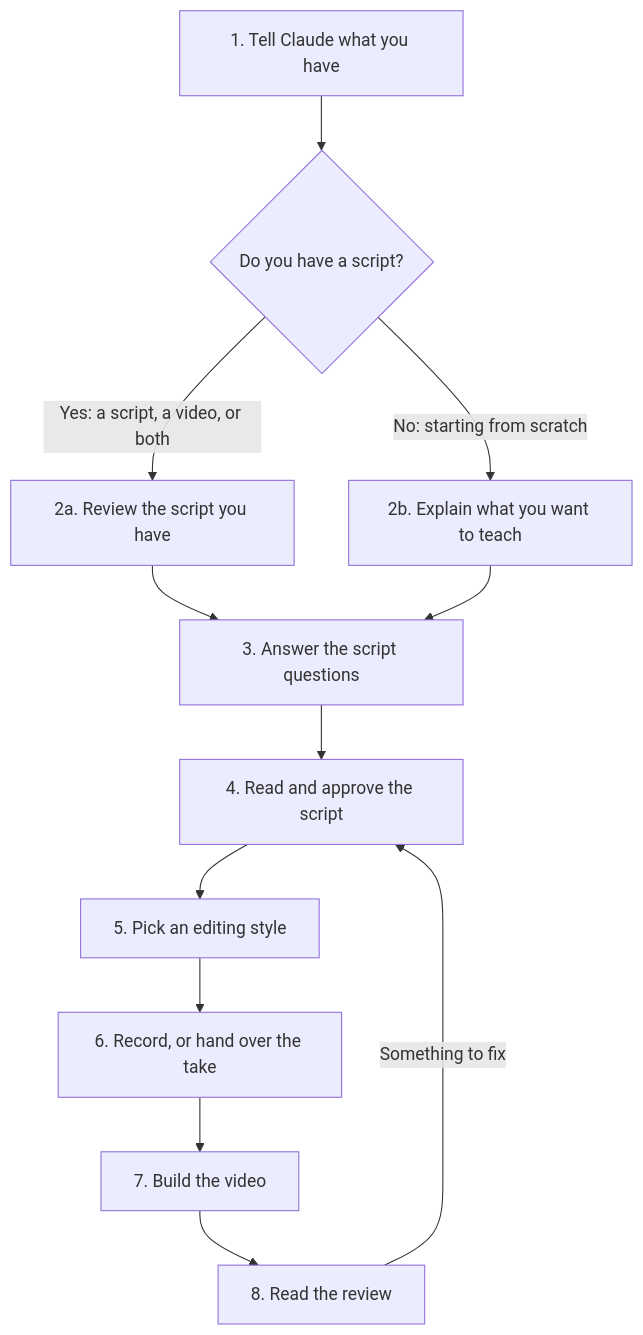
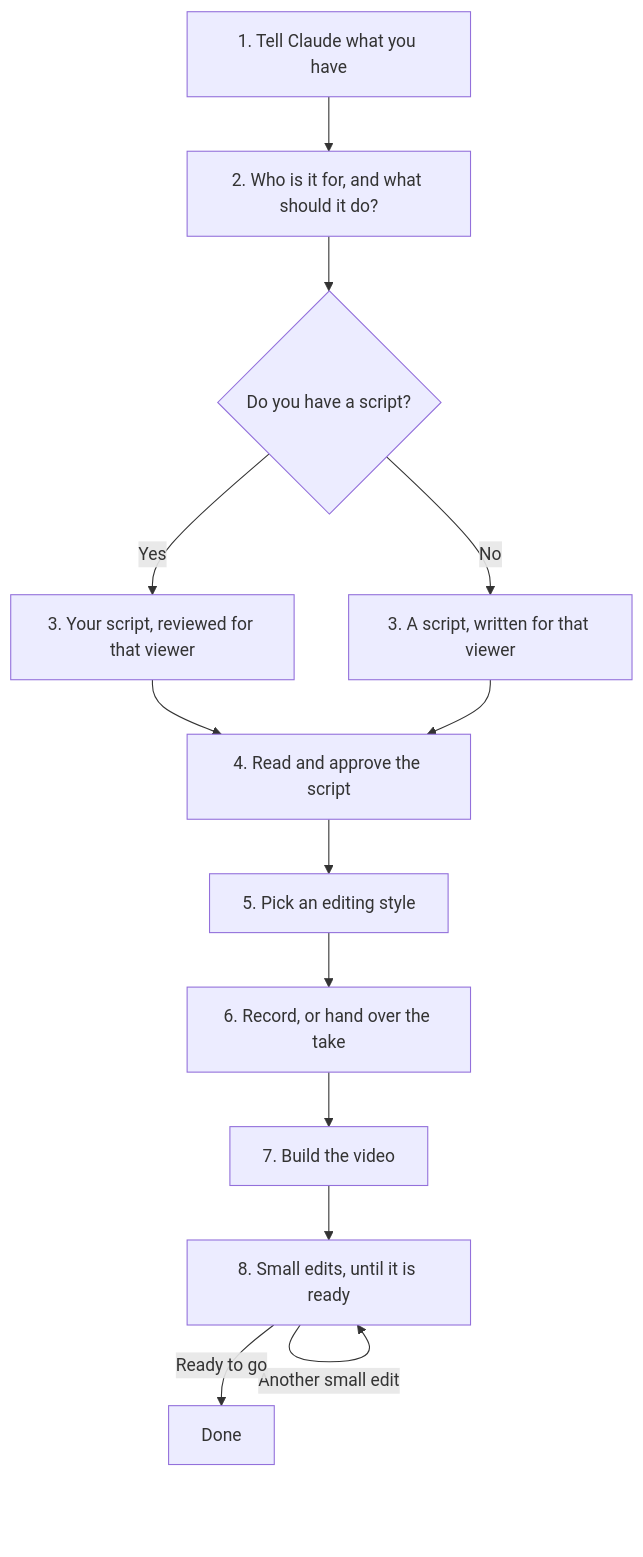
The diagram in README.md (jkupchanko/qdrant-video-suite), drawn with Mermaid before and after one commit. The commit also changed other lines of this file and 7 other files, not shown here.

````diff
--- a/README.md
+++ b/README.md
@@ -16,14 +13,15 @@
 ```mermaid
 flowchart TD
-    A["1. Tell Claude what you have"] --> B{"Do you have a script?"}
-    B -- "Yes: a script, a video, or both" --> C["2a. Review the script you have"]
-    B -- "No: starting from scratch" --> D["2b. Explain what you want to teach"]
-    C --> E["3. Answer the script questions"]
-    D --> E
-    E --> F["4. Read and approve the script"]
+    A["1. Tell Claude what you have"] --> B["2. Who is it for, and what should it do?"]
+    B --> C{"Do you have a script?"}
+    C -- "Yes" --> D["3. Your script, reviewed for that viewer"]
+    C -- "No" --> E["3. A script, written for that viewer"]
+    D --> F["4. Read and approve the script"]
+    E --> F
     F --> G["5. Pick an editing style"]
     G --> H["6. Record, or hand over the take"]
     H --> I["7. Build the video"]
-    I --> J["8. Read the review"]
-    J -- "Something to fix" --> F
+    I --> J["8. Small edits, until it is ready"]
+    J -- "Another small edit" --> J
+    J -- "Ready to go" --> K["Done"]
 ```
````
